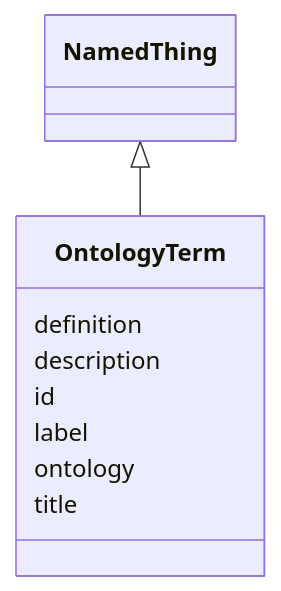
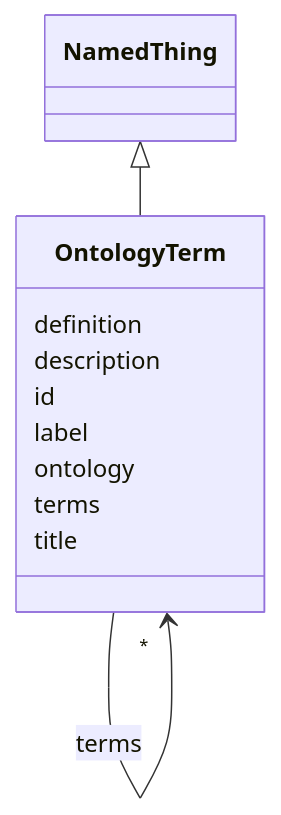
One commit to lambda-ber/lambda-ber-schema changed the diagram in docs/OntologyTerm.md. Above: the diagram before and after it, drawn with Mermaid. The commit also changed other lines of this file and 881 other files, not shown here.

Commit message:
Update schema artifacts

````diff
--- a/docs/OntologyTerm.md
+++ b/docs/OntologyTerm.md
@@ -13,21 +18,32 @@
 ```mermaid
  classDiagram
     class OntologyTerm
     click OntologyTerm href "../OntologyTerm/"
       NamedThing <|-- OntologyTerm
         click NamedThing href "../NamedThing/"
       
       OntologyTerm : definition
         
       OntologyTerm : description
         
       OntologyTerm : id
         
       OntologyTerm : label
         
       OntologyTerm : ontology
         
+      OntologyTerm : terms
+        
+          
+    
+        
+        
+        OntologyTerm --> "*" OntologyTerm : terms
+        click OntologyTerm href "../OntologyTerm/"
+    
+
+        
       OntologyTerm : title
         
       
 ```
````
